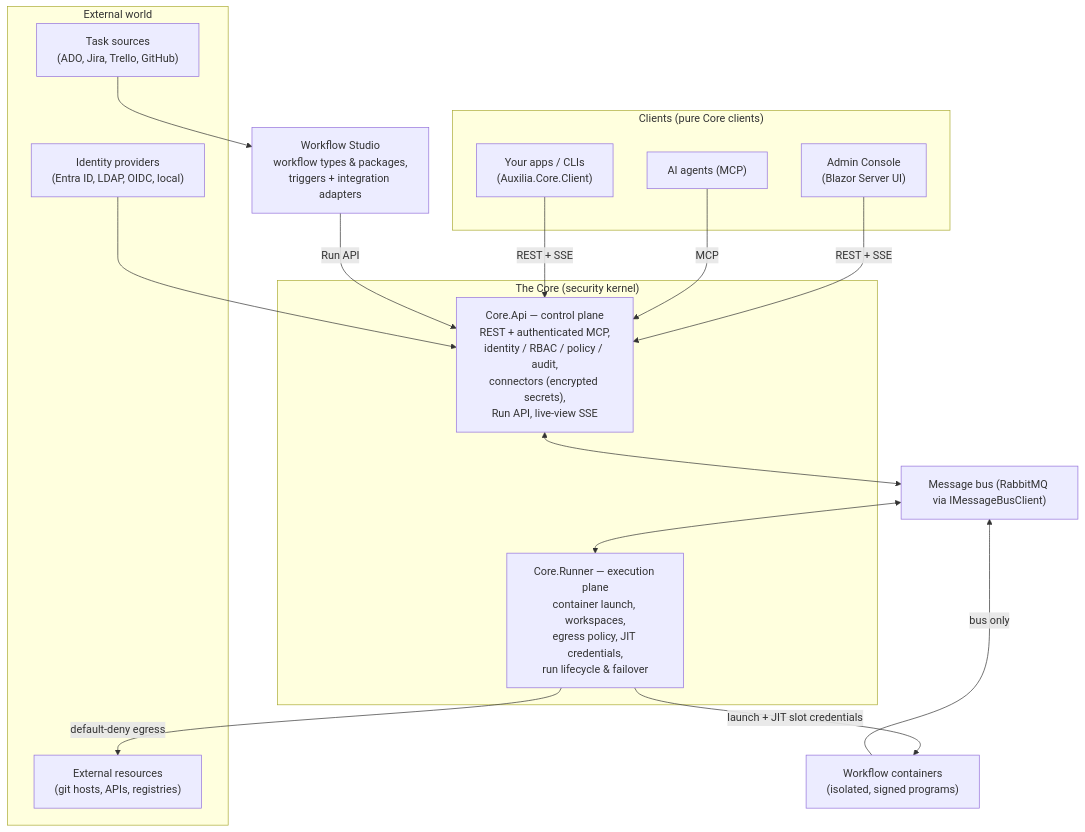
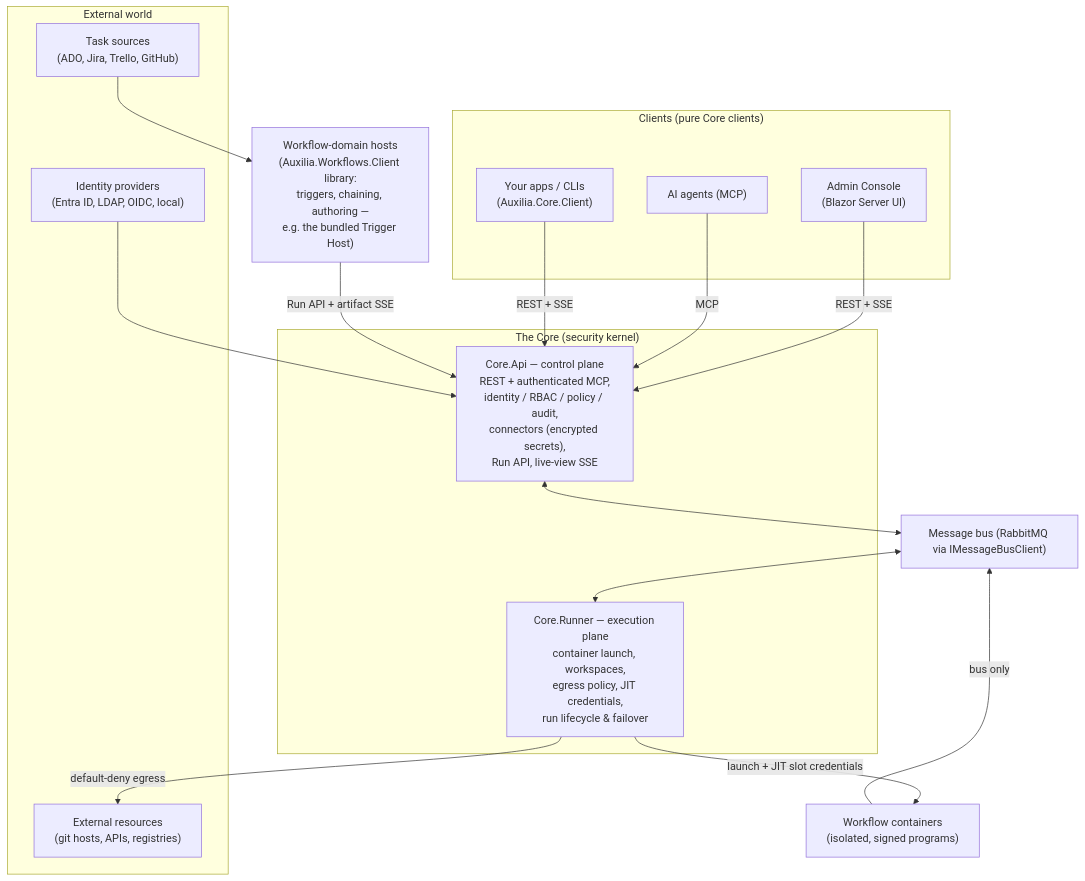
The diagram in README.md (FelixKlakow/Auxilia), drawn with Mermaid before and after one commit. The commit also changed other lines of this file and 41 other files, not shown here.

First line of the commit message:
feat(platform)!: retire the WorkflowStudio deployable - the workflow domain is a library

````diff
--- a/README.md
+++ b/README.md
@@ -12,32 +12,32 @@
 ```mermaid
 graph TB
     subgraph Sources["External world"]
         TASKS["Task sources<br/>(ADO, Jira, Trello, GitHub)"]
         IDP["Identity providers<br/>(Entra ID, LDAP, OIDC, local)"]
         EXT["External resources<br/>(git hosts, APIs, registries)"]
     end
     subgraph Clients["Clients (pure Core clients)"]
         ADMIN["Admin Console<br/>(Blazor Server UI)"]
         AI["AI agents (MCP)"]
         APPS["Your apps / CLIs<br/>(Auxilia.Core.Client)"]
     end
-    STUDIO["Workflow Studio<br/>workflow types & packages,<br/>triggers + integration adapters"]
+    HOSTS["Workflow-domain hosts<br/>(Auxilia.Workflows.Client library:<br/>triggers, chaining, authoring —<br/>e.g. the bundled Trigger Host)"]
     subgraph Core["The Core (security kernel)"]
         API["Core.Api — control plane<br/>REST + authenticated MCP,<br/>identity / RBAC / policy / audit,<br/>connectors (encrypted secrets),<br/>Run API, live-view SSE"]
         RUNNER["Core.Runner — execution plane<br/>container launch, workspaces,<br/>egress policy, JIT credentials,<br/>run lifecycle & failover"]
     end
     BUS["Message bus (RabbitMQ via IMessageBusClient)"]
     WF["Workflow containers<br/>(isolated, signed programs)"]
 
-    TASKS --> STUDIO
+    TASKS --> HOSTS
     IDP --> API
     ADMIN -->|REST + SSE| API
     AI -->|MCP| API
     APPS -->|REST + SSE| API
-    STUDIO -->|Run API| API
+    HOSTS -->|Run API + artifact SSE| API
     API <--> BUS
     BUS <--> RUNNER
     RUNNER -->|launch + JIT slot credentials| WF
     WF -->|bus only| BUS
     RUNNER -->|default-deny egress| EXT
 ```
````
